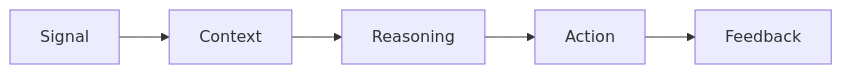
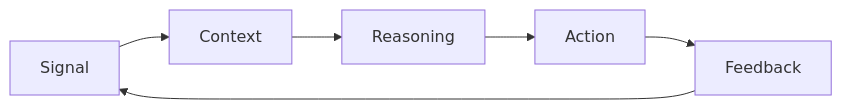
One commit to vkondepati/venkat-framework-agentic-ai changed the diagram in README.md. Above: the diagram before and after it, drawn with Mermaid. The commit also changed other lines of this file and 22 other files, not shown here.

````diff
--- a/README.md
+++ b/README.md
@@ -40,7 +34,8 @@
 ```mermaid
 flowchart LR
     A[Signal] --> B[Context]
     B --> C[Reasoning]
     C --> D[Action]
     D --> E[Feedback]
+    E --> A
 ```
````
